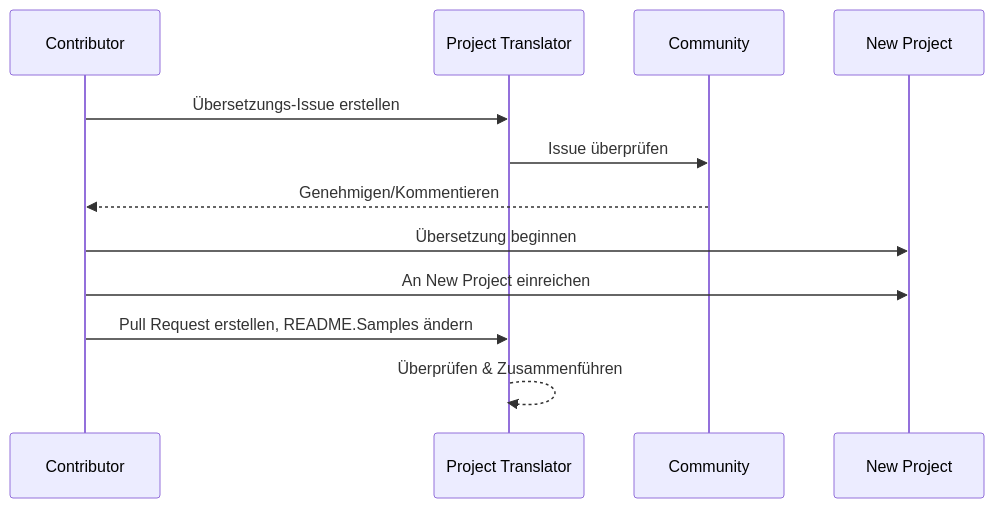
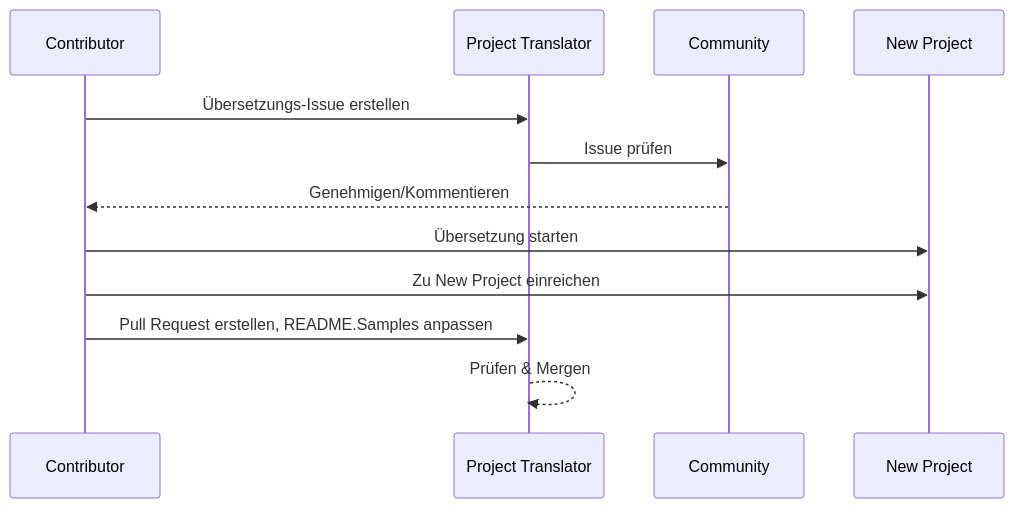
One commit to Project-Translation/project_translator changed the diagram in readmes/README.de-de.md. Above: the diagram before and after it, drawn with Mermaid. The commit also changed other lines of this file and 52 other files, not shown here.

````diff
--- a/readmes/README.de-de.md
+++ b/readmes/README.de-de.md
@@ -56,10 +63,10 @@
 ```mermaid
 sequenceDiagram
   Contributor->>Project Translator: Übersetzungs-Issue erstellen
-  Project Translator->>Community: Issue überprüfen
+  Project Translator->>Community: Issue prüfen
   Community-->>Contributor: Genehmigen/Kommentieren
-  Contributor->>New Project: Übersetzung beginnen
-  Contributor->>New Project: An New Project einreichen
-  Contributor->>Project Translator: Pull Request erstellen, README.Samples ändern
-  Project Translator-->>Project Translator: Überprüfen & Zusammenführen
+  Contributor->>New Project: Übersetzung starten
+  Contributor->>New Project: Zu New Project einreichen
+  Contributor->>Project Translator: Pull Request erstellen, README.Samples anpassen
+  Project Translator-->>Project Translator: Prüfen & Mergen
 ```
````
